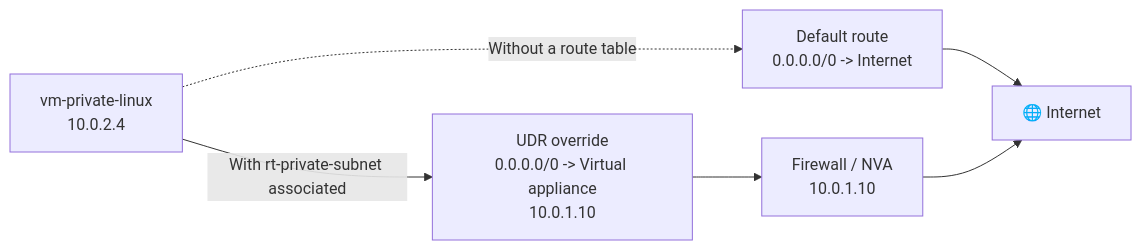
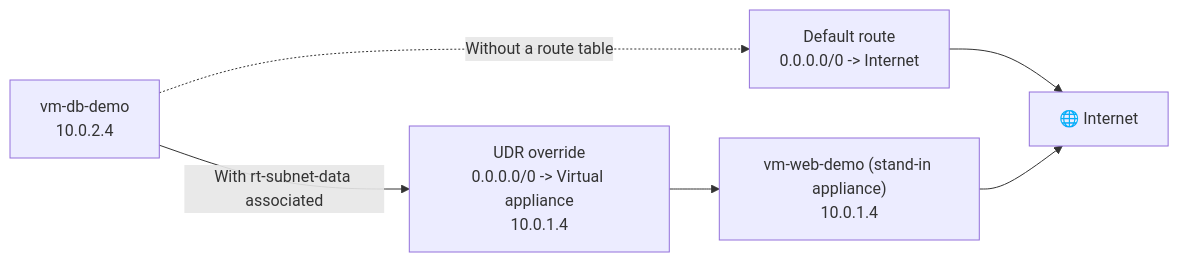
The fourth of 4 diagrams in docs/day11_vnet_advanced.md (Iam-mithran/LWM-Azure), drawn with Mermaid before and after one commit. The commit also changed other lines of this file, not shown here.

````diff
--- a/docs/day11_vnet_advanced.md
+++ b/docs/day11_vnet_advanced.md
@@ -391,11 +449,11 @@
 ```mermaid
 graph LR
-    PrivVM["vm-private-linux\n10.0.2.4"]
+    DbVM["vm-db-demo\n10.0.2.4"]
     Default["Default route\n0.0.0.0/0 -> Internet"]
-    Custom["UDR override\n0.0.0.0/0 -> Virtual appliance\n10.0.1.10"]
-    NVA["Firewall / NVA\n10.0.1.10"]
+    Custom["UDR override\n0.0.0.0/0 -> Virtual appliance\n10.0.1.4"]
+    NVA["vm-web-demo (stand-in appliance)\n10.0.1.4"]
     Internet["🌐 Internet"]
 
-    PrivVM -.->|"Without a route table"| Default --> Internet
-    PrivVM -->|"With rt-private-subnet associated"| Custom --> NVA --> Internet
+    DbVM -.->|"Without a route table"| Default --> Internet
+    DbVM -->|"With rt-subnet-data associated"| Custom --> NVA --> Internet
 ```
````
